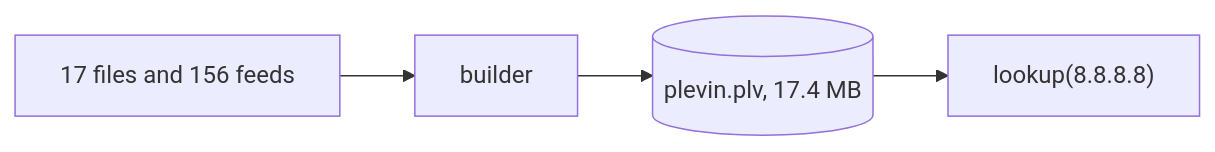
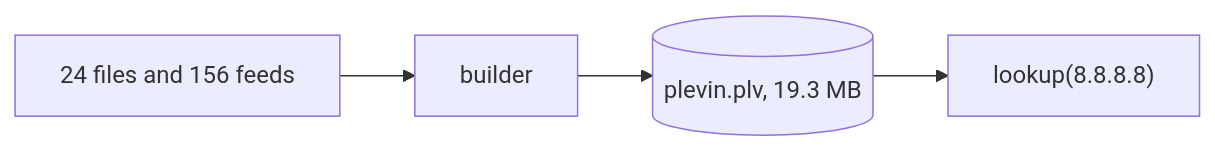
One commit to tn3w/plevin changed the first of 6 diagrams in builder/README.md. Above: the diagram before and after it, drawn with Mermaid. The commit also changed other lines of this file and 21 other files, not shown here.

````diff
--- a/builder/README.md
+++ b/builder/README.md
@@ -23,6 +23,6 @@
 ```mermaid
 flowchart LR
-    S["17 files and 156 feeds"] --> B[builder]
-    B --> D[("plevin.plv, 17.4 MB")]
+    S["24 files and 156 feeds"] --> B[builder]
+    B --> D[("plevin.plv, 19.3 MB")]
     D --> Q["lookup(8.8.8.8)"]
 ```
````
